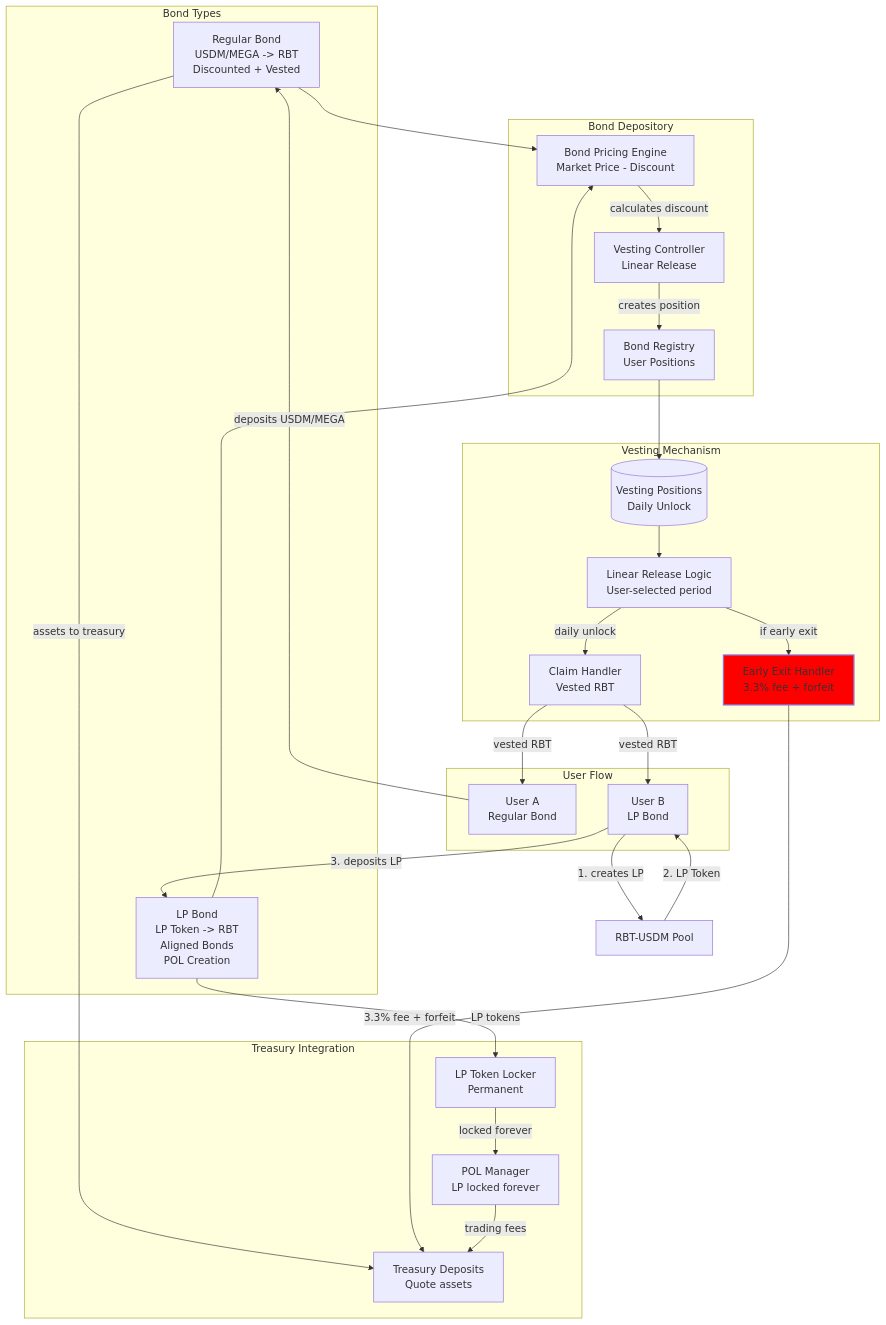
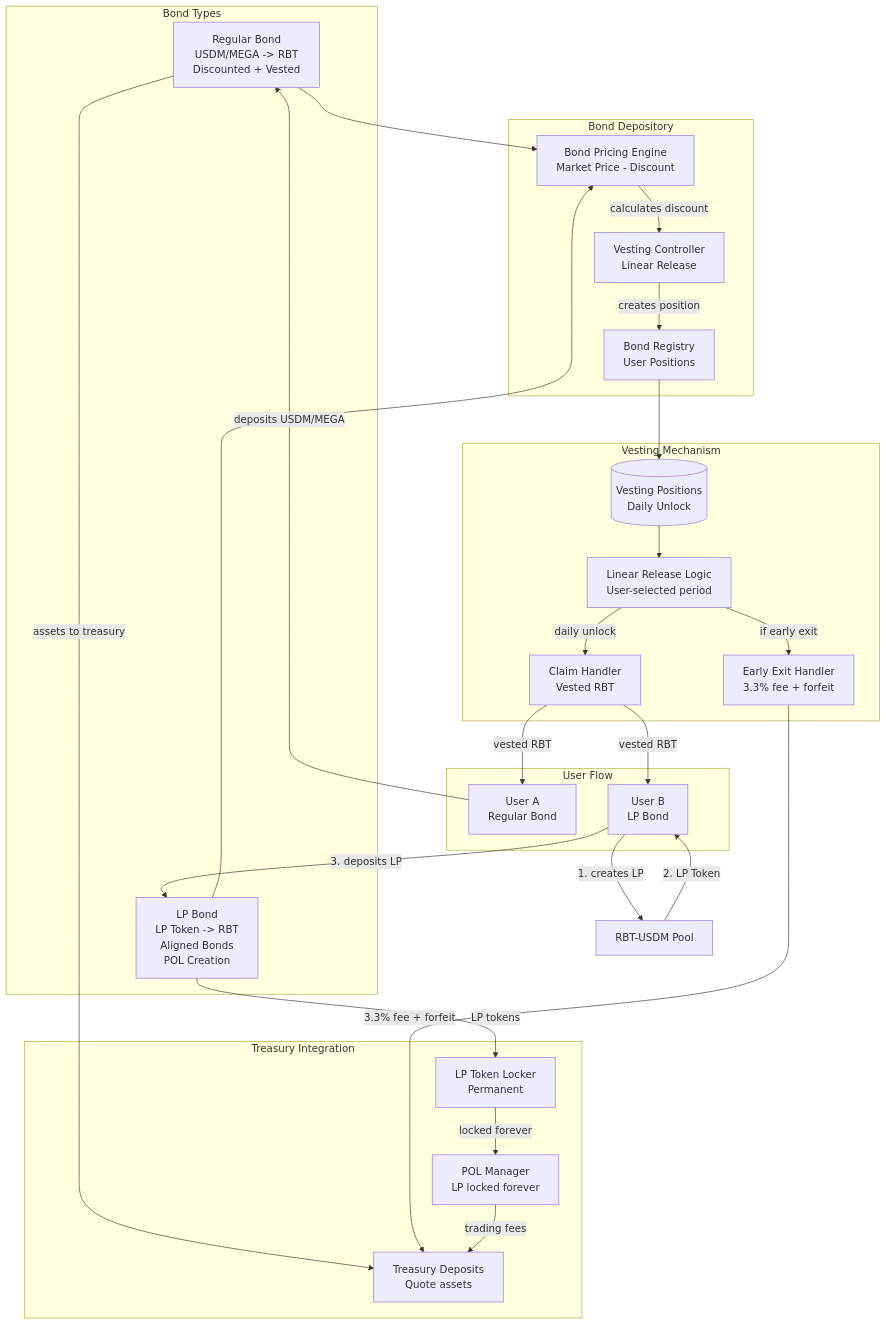
Before and after one commit to 0xJaehaerys/ohmega: the sixth of 7 diagrams in blackhaven-architecture-diagrams.md, drawn with Mermaid. The commit also changed other lines of this file, not shown here.

Commit message:
Fix architecture diagrams: remove colors and invalid Note over syntax

````diff
--- a/blackhaven-architecture-diagrams.md
+++ b/blackhaven-architecture-diagrams.md
@@ -337,59 +333,57 @@
 ```mermaid
 graph TB
     subgraph "Bond Types"
         REGULAR_BOND[Regular Bond<br/>USDM/MEGA -> RBT<br/>Discounted + Vested]
         LP_BOND[LP Bond<br/>LP Token -> RBT<br/>Aligned Bonds<br/>POL Creation]
     end
     
     subgraph "Bond Depository"
         PRICING_ENGINE[Bond Pricing Engine<br/>Market Price - Discount]
         VESTING_CONTROLLER[Vesting Controller<br/>Linear Release]
         BOND_REGISTRY[Bond Registry<br/>User Positions]
     end
     
     subgraph "Vesting Mechanism"
         VESTING_POSITIONS[(Vesting Positions<br/>Daily Unlock)]
         LINEAR_RELEASE[Linear Release Logic<br/>User-selected period]
         CLAIM_HANDLER[Claim Handler<br/>Vested RBT]
         EARLY_EXIT[Early Exit Handler<br/>3.3% fee + forfeit]
     end
     
     subgraph "Treasury Integration"
         TREASURY_DEPOSITS[Treasury Deposits<br/>Quote assets]
         POL_MANAGER[POL Manager<br/>LP locked forever]
         LP_LOCKER[LP Token Locker<br/>Permanent]
     end
     
     subgraph "User Flow"
         USER_REGULAR[User A<br/>Regular Bond]
         USER_LP[User B<br/>LP Bond]
     end
     
     USER_REGULAR -->|deposits USDM/MEGA| REGULAR_BOND
     REGULAR_BOND --> PRICING_ENGINE
     
     USER_LP -->|1. creates LP| LP_CREATION[RBT-USDM Pool]
     LP_CREATION -->|2. LP Token| USER_LP
     USER_LP -->|3. deposits LP| LP_BOND
     LP_BOND --> PRICING_ENGINE
     
     PRICING_ENGINE -->|calculates discount| VESTING_CONTROLLER
     VESTING_CONTROLLER -->|creates position| BOND_REGISTRY
     BOND_REGISTRY --> VESTING_POSITIONS
     
     REGULAR_BOND -->|assets to treasury| TREASURY_DEPOSITS
     LP_BOND -->|LP tokens| LP_LOCKER
     LP_LOCKER -->|locked forever| POL_MANAGER
     
     VESTING_POSITIONS --> LINEAR_RELEASE
     LINEAR_RELEASE -->|daily unlock| CLAIM_HANDLER
     LINEAR_RELEASE -->|if early exit| EARLY_EXIT
     
     CLAIM_HANDLER -->|vested RBT| USER_REGULAR
     CLAIM_HANDLER -->|vested RBT| USER_LP
     
     EARLY_EXIT -->|3.3% fee + forfeit| TREASURY_DEPOSITS
     POL_MANAGER -->|trading fees| TREASURY_DEPOSITS
-    
-    style EARLY_EXIT fill:#f00,stroke-width:2px
 ```
````
